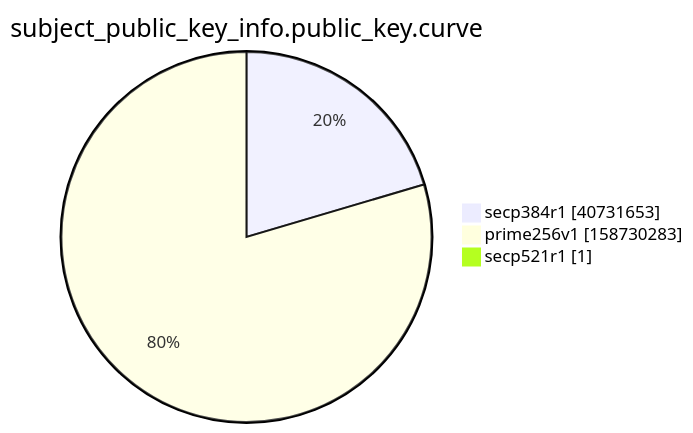
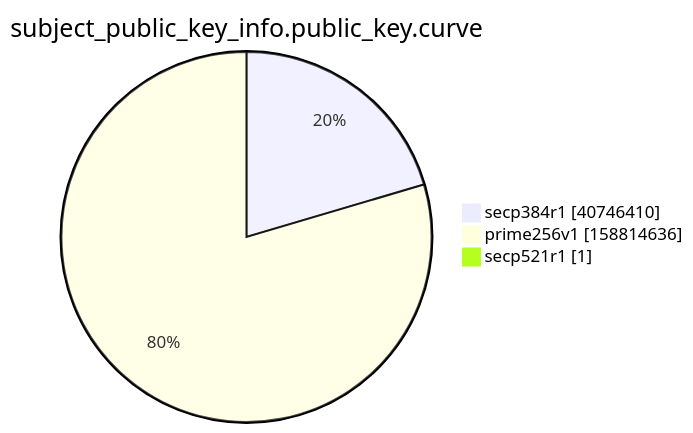
Before and after one commit to christiankrug/ctmonitor_visualization: the ninth of 15 diagrams in xenon2022/README.md, drawn with Mermaid. The commit also changed other lines of this file, not shown here.

````diff
--- a/xenon2022/README.md
+++ b/xenon2022/README.md
@@ -2867,7 +2867,7 @@
 ```mermaid
 pie showData
 title subject_public_key_info.public_key.curve
-"secp384r1" :40731653
-"prime256v1" :158730283
+"secp384r1" :40746410
+"prime256v1" :158814636
 "secp521r1" :1
 ```
````
